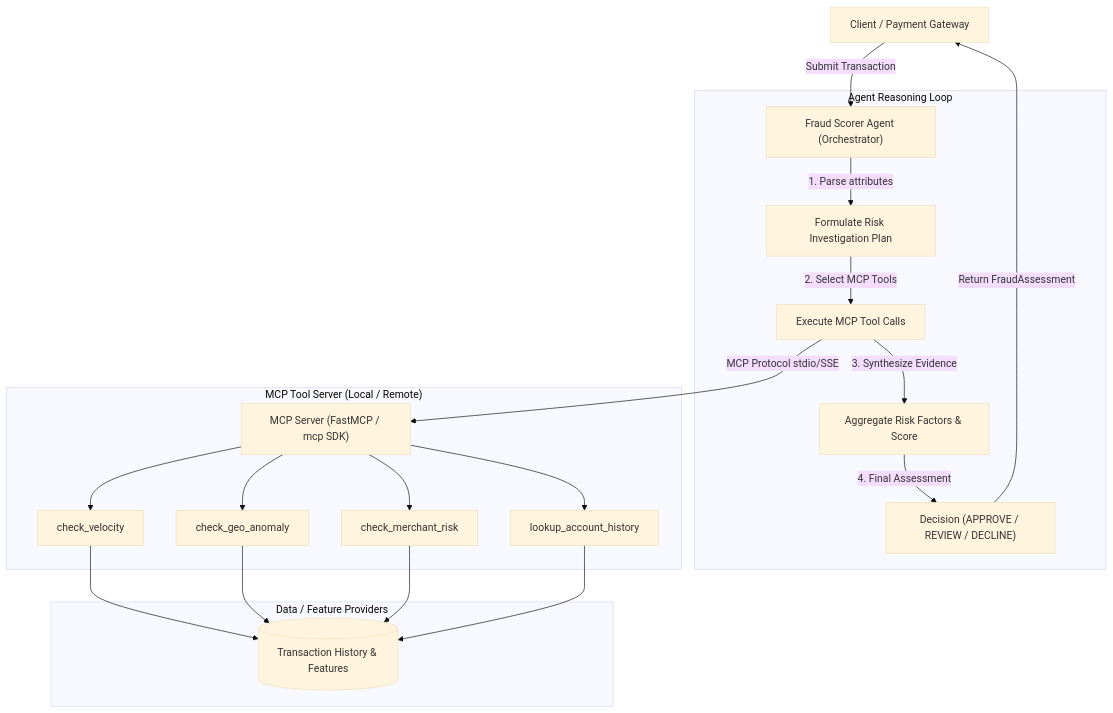
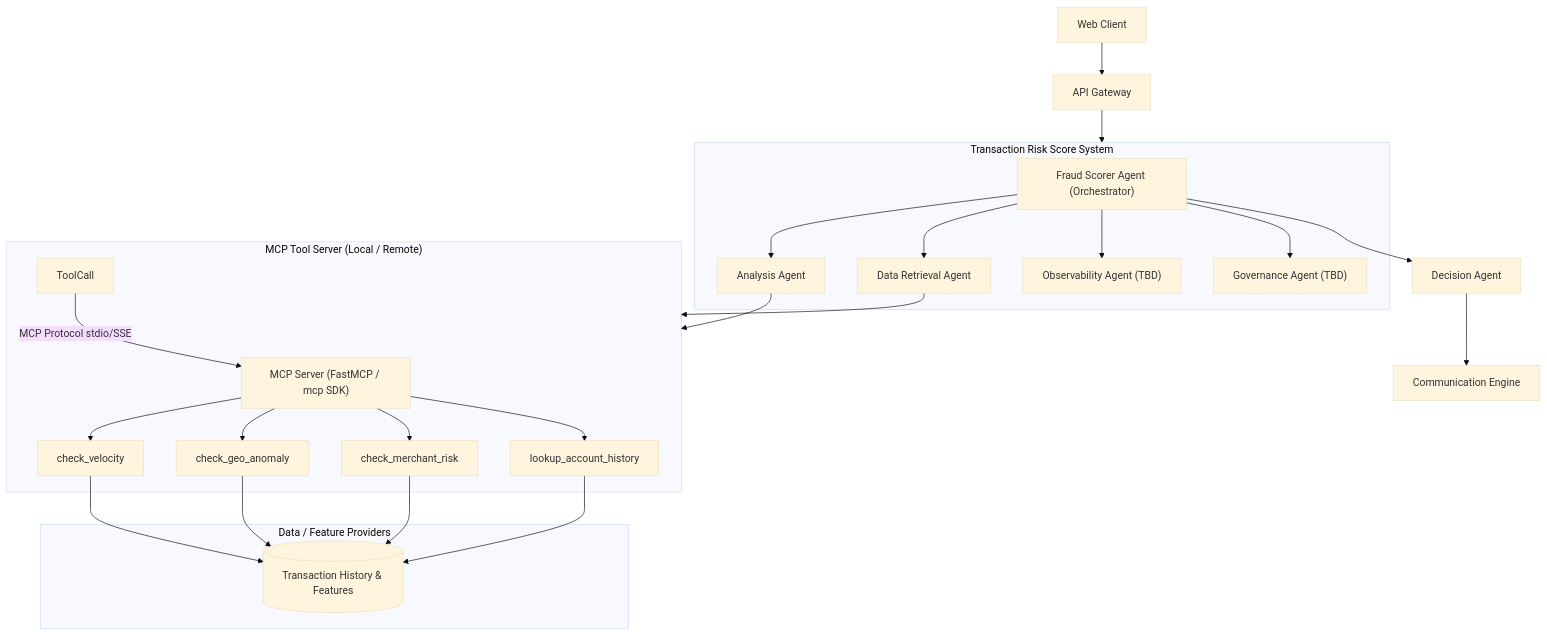
The diagram in docs/architecture.md (daknamsubho/TransactionFraudScorerAgenticAI), drawn with Mermaid (base theme) before and after one commit. The commit also changed other lines of this file and 12 other files, not shown here.

Commit message:
Updated architecture and run in collab

````diff
--- a/docs/architecture.md
+++ b/docs/architecture.md
@@ -7,28 +7,36 @@
 ```mermaid
-graph TD
-    Client["Client / Payment Gateway"] -->|Submit Transaction| Agent["Fraud Scorer Agent (Orchestrator)"]
+flowchart TB
+ subgraph s1["Transaction Risk Score System"]
+        n4["Fraud Scorer Agent (Orchestrator)"]
+        n5["Analysis Agent"]
+        n6["Data Retrieval Agent"]
+        n7["Observability Agent (TBD)"]
+        n8["Governance Agent (TBD)"]
+  end
+ subgraph subGraph1["MCP Tool Server (Local / Remote)"]
+        MCPServer["MCP Server (FastMCP / mcp SDK)"]
+        ToolCall["ToolCall"]
+        Tool1["check_velocity"]
+        Tool2["check_geo_anomaly"]
+        Tool3["check_merchant_risk"]
+        Tool4["lookup_account_history"]
+  end
+ subgraph subGraph2["Data / Feature Providers"]
+        MockDB[("Transaction History & Features")]
+  end
+    n1["Web Client"] --> n2["API Gateway"]
+    n2 --> s1
+    n4 --> n5 & n6 & n7 & n8 & n9["Decision Agent"]
+    ToolCall -- MCP Protocol stdio/SSE --> MCPServer
+    MCPServer --> Tool1 & Tool2 & Tool3 & Tool4
+    Tool1 --> MockDB
+    Tool2 --> MockDB
+    Tool3 --> MockDB
+    Tool4 --> MockDB
+    n5 --> subGraph1
+    n6 --> subGraph1
+    n9 --> n10["Communication Engine"]
 
-    subgraph "Agent Reasoning Loop"
-        Agent -->|1. Parse attributes| Plan["Formulate Risk Investigation Plan"]
-        Plan -->|2. Select MCP Tools| ToolCall["Execute MCP Tool Calls"]
-        ToolCall -->|3. Synthesize Evidence| Score["Aggregate Risk Factors & Score"]
-        Score -->|4. Final Assessment| Decision["Decision (APPROVE / REVIEW / DECLINE)"]
-    end
-
-    subgraph "MCP Tool Server (Local / Remote)"
-        ToolCall -->|MCP Protocol stdio/SSE| MCPServer["MCP Server (FastMCP / mcp SDK)"]
-        MCPServer --> Tool1["check_velocity"]
-        MCPServer --> Tool2["check_geo_anomaly"]
-        MCPServer --> Tool3["check_merchant_risk"]
-        MCPServer --> Tool4["lookup_account_history"]
-    end
-
-    subgraph "Data / Feature Providers"
-        Tool1 --> MockDB[("Transaction History & Features")]
-        Tool2 --> MockDB
-        Tool3 --> MockDB
-        Tool4 --> MockDB
-    end
-
-    Decision -->|Return FraudAssessment| Client
+    n1@{ shape: rect}
+    n9@{ shape: rect}
 ```
````
